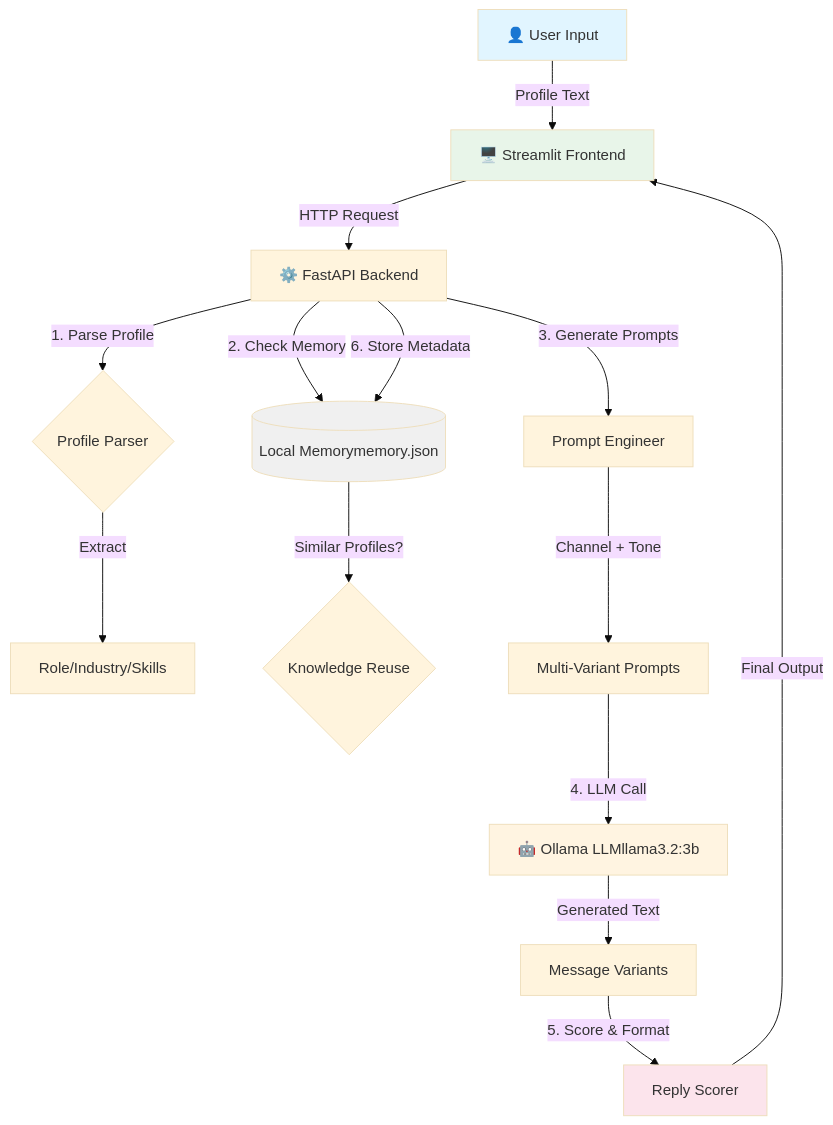
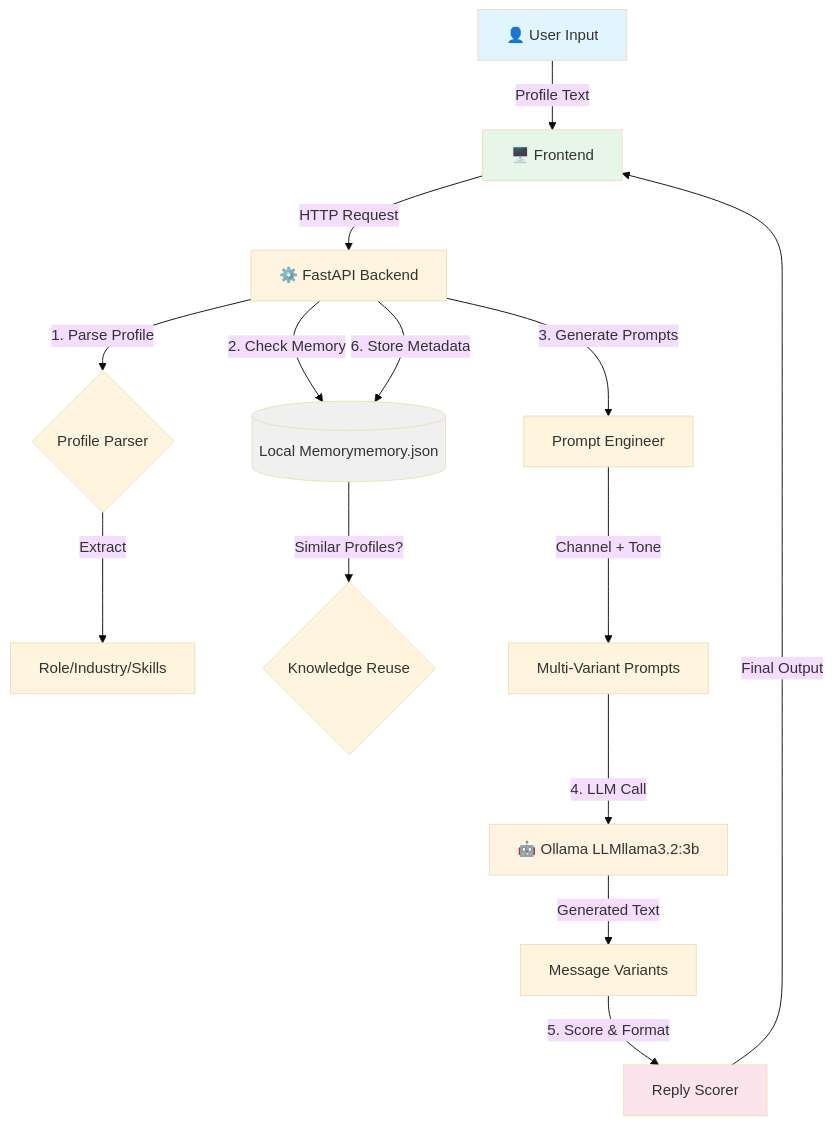
The diagram in README.md (bpranav371-ship-it/PICT-HACKATHON), drawn with Mermaid (base theme) before and after one commit. The commit also changed other lines of this file and 1 other file, not shown here.

````diff
--- a/README.md
+++ b/README.md
@@ -133,28 +133,28 @@
 ```mermaid
 graph TD
-    A[👤 User Input] -->|Profile Text| B[🖥️ Streamlit Frontend]
+    A[👤 User Input] -->|Profile Text| B[🖥️ Frontend]
     B -->|HTTP Request| C[⚙️ FastAPI Backend]
     
     C -->|1. Parse Profile| D{Profile Parser}
     D -->|Extract| E[Role/Industry/Skills]
     
     C -->|2. Check Memory| F[(Local Memorymemory.json)]
     F -->|Similar Profiles?| G{Knowledge Reuse}
     
     C -->|3. Generate Prompts| H[Prompt Engineer]
     H -->|Channel + Tone| I[Multi-Variant Prompts]
     
     I -->|4. LLM Call| J[🤖 Ollama LLMllama3.2:3b]
     J -->|Generated Text| K[Message Variants]
     
     K -->|5. Score & Format| L[Reply Scorer]
     L -->|Final Output| B
     
     C -->|6. Store Metadata| F
     
     style A fill:#e1f5ff
     style J fill:#fff4e1
     style F fill:#f0f0f0
     style B fill:#e8f5e9
     style L fill:#fce4ec
 ```
````
